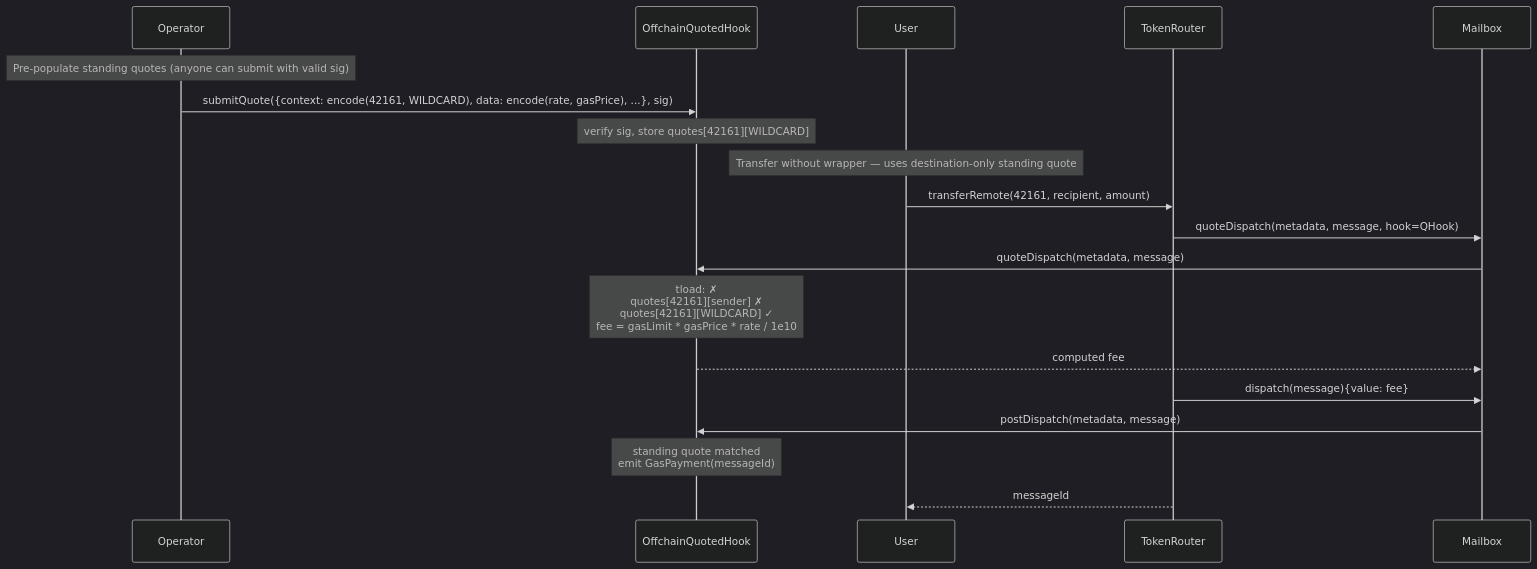
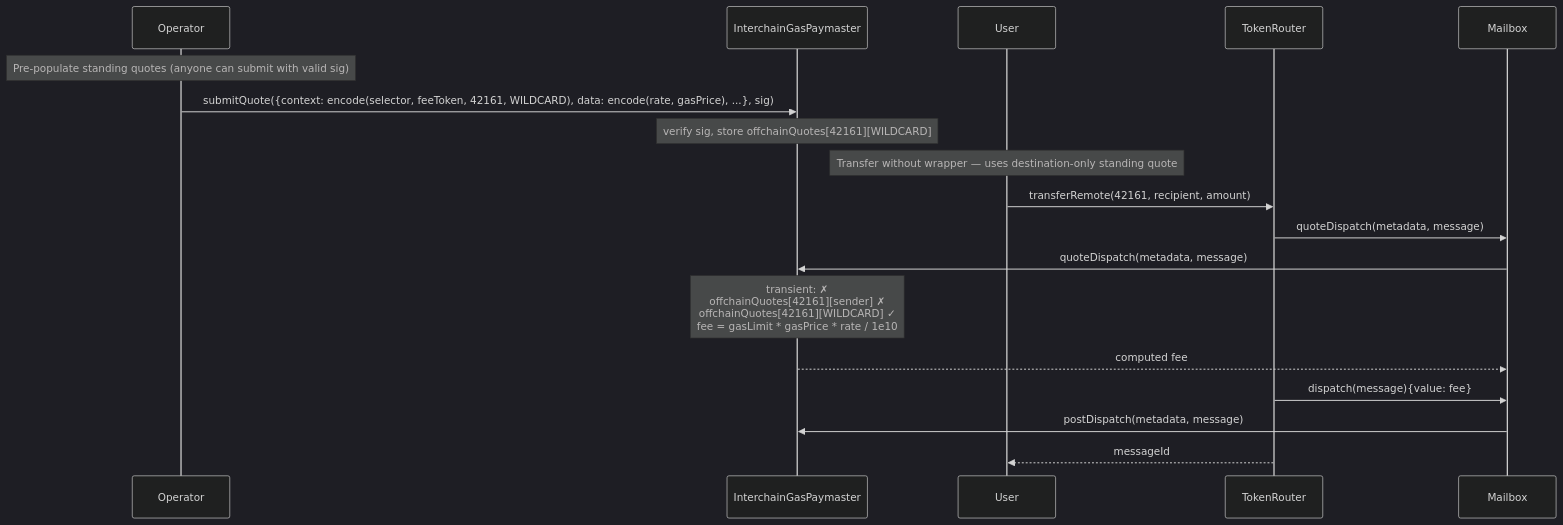
The third of 4 diagrams in docs/offchain-fee-quoting.md (fujijin/hyperlane-monorepo), drawn with Mermaid (dark theme) before and after one commit. The commit also changed other lines of this file and 6 other files, not shown here.

First line of the commit message:
feat(solidity): implement offchain fee quoting for IGP and warp routes

````diff
--- a/docs/offchain-fee-quoting.md
+++ b/docs/offchain-fee-quoting.md
@@ -430,28 +249,27 @@
 ```mermaid
 sequenceDiagram
     participant Operator
-    participant QHook as OffchainQuotedHook
+    participant IGP as InterchainGasPaymaster
     participant User
     participant WarpRoute as TokenRouter
     participant Mailbox
 
     Note over Operator: Pre-populate standing quotes (anyone can submit with valid sig)
 
-    Operator->>QHook: submitQuote({context: encode(42161, WILDCARD), data: encode(rate, gasPrice), ...}, sig)
-    Note over QHook: verify sig, store quotes[42161][WILDCARD]
+    Operator->>IGP: submitQuote({context: encode(selector, feeToken, 42161, WILDCARD), data: encode(rate, gasPrice), ...}, sig)
+    Note over IGP: verify sig, store offchainQuotes[42161][WILDCARD]
 
     Note over User: Transfer without wrapper — uses destination-only standing quote
 
     User->>WarpRoute: transferRemote(42161, recipient, amount)
 
-    WarpRoute->>Mailbox: quoteDispatch(metadata, message, hook=QHook)
-    Mailbox->>QHook: quoteDispatch(metadata, message)
-    Note over QHook: tload: ✗<br/>quotes[42161][sender] ✗<br/>quotes[42161][WILDCARD] ✓<br/>fee = gasLimit * gasPrice * rate / 1e10
-    QHook-->>Mailbox: computed fee
+    WarpRoute->>Mailbox: quoteDispatch(metadata, message)
+    Mailbox->>IGP: quoteDispatch(metadata, message)
+    Note over IGP: transient: ✗<br/>offchainQuotes[42161][sender] ✗<br/>offchainQuotes[42161][WILDCARD] ✓<br/>fee = gasLimit * gasPrice * rate / 1e10
+    IGP-->>Mailbox: computed fee
 
     WarpRoute->>Mailbox: dispatch(message){value: fee}
-    Mailbox->>QHook: postDispatch(metadata, message)
-    Note over QHook: standing quote matched<br/>emit GasPayment(messageId)
+    Mailbox->>IGP: postDispatch(metadata, message)
 
     WarpRoute-->>User: messageId
 ```
````
